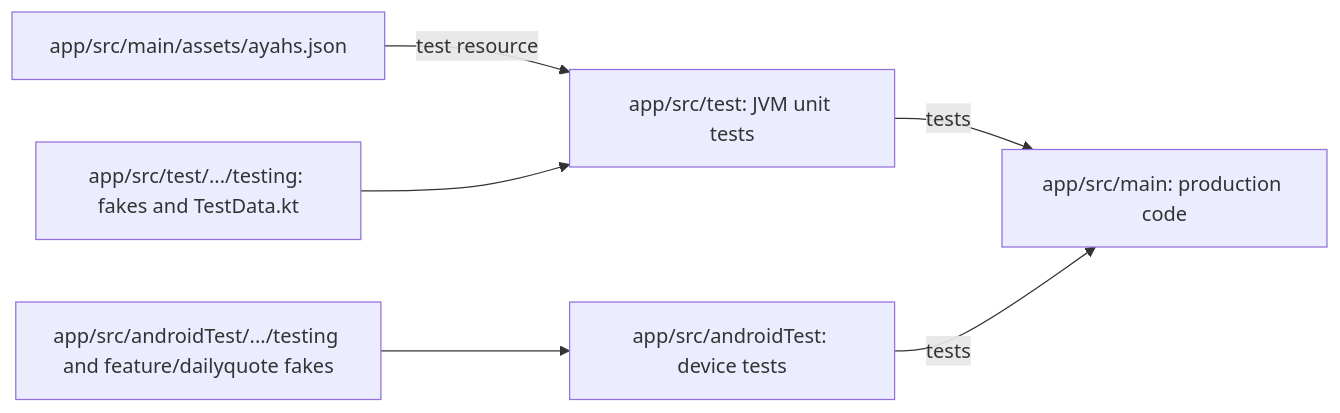
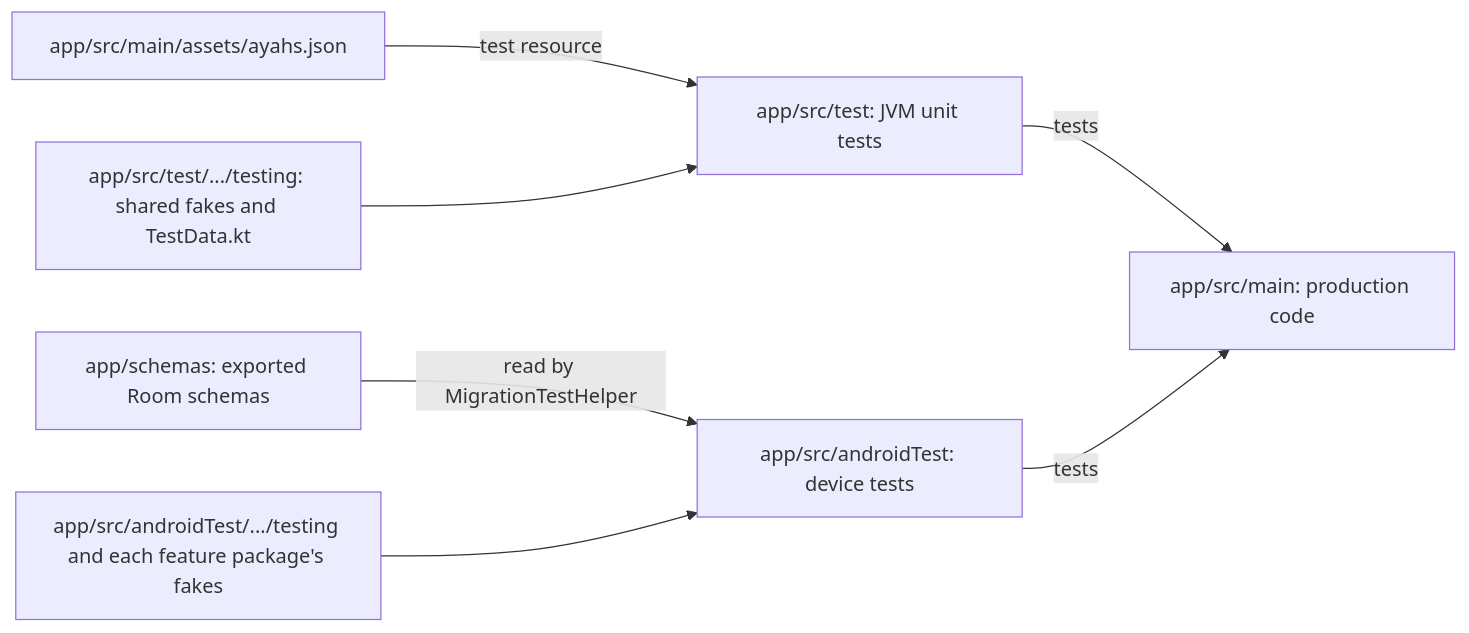
Before and after one commit to shibbirweb/al-quran-quotes-android: the second of 2 diagrams in docs/Developer-Project-Structure.md, drawn with Mermaid. The commit also changed other lines of this file and 206 other files, not shown here.

First line of the commit message:
feat: add bottom navigation, quote CRUD with editable bundled ayahs, and a Room schema history check

````diff
--- a/docs/Developer-Project-Structure.md
+++ b/docs/Developer-Project-Structure.md
@@ -76,14 +102,16 @@
 ```mermaid
 flowchart LR
     Main["app/src/main: production code"]
     Assets["app/src/main/assets/ayahs.json"]
+    Schemas["app/schemas: exported Room schemas"]
     UnitTests["app/src/test: JVM unit tests"]
-    UnitHelpers["app/src/test/.../testing: fakes and TestData.kt"]
+    UnitHelpers["app/src/test/.../testing: shared fakes and TestData.kt"]
     DeviceTests["app/src/androidTest: device tests"]
-    DeviceHelpers["app/src/androidTest/.../testing and feature/dailyquote fakes"]
+    DeviceHelpers["app/src/androidTest/.../testing and each feature package's fakes"]
     UnitTests -->|"tests"| Main
     DeviceTests -->|"tests"| Main
     Assets -->|"test resource"| UnitTests
+    Schemas -->|"read by MigrationTestHelper"| DeviceTests
     UnitHelpers --> UnitTests
     DeviceHelpers --> DeviceTests
 ```
````
